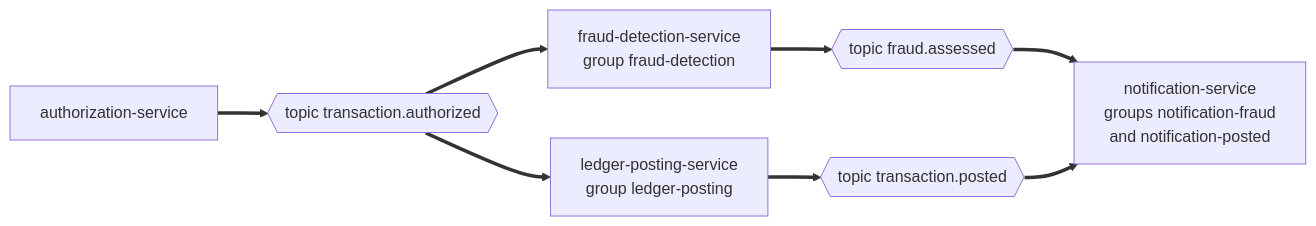
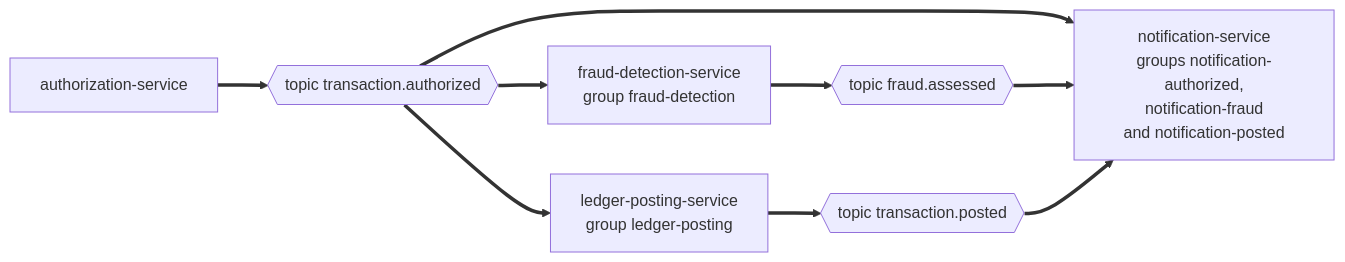
One commit to blitzy-public-samples/aws-carddemo-blitzy changed the second of 2 diagrams in card-platform/services/fraud-detection-service/README.md. Above: the diagram before and after it, drawn with Mermaid. The commit also changed other lines of this file and 540 other files, not shown here.

````diff
--- a/card-platform/services/fraud-detection-service/README.md
+++ b/card-platform/services/fraud-detection-service/README.md
@@ -89,15 +89,16 @@
 ```mermaid
 graph LR
     AUTH["authorization-service"]
     T{{"topic transaction.authorized"}}
     FA{{"topic fraud.assessed"}}
     TP{{"topic transaction.posted"}}
     F["fraud-detection-service<br/>group fraud-detection"]
     L["ledger-posting-service<br/>group ledger-posting"]
-    N["notification-service<br/>groups notification-fraud<br/>and notification-posted"]
+    N["notification-service<br/>groups notification-authorized,<br/>notification-fraud<br/>and notification-posted"]
     AUTH ==> T
     T ==> F & L
+    T ==> N
     F ==> FA
     L ==> TP
     FA & TP ==> N
 ```
````
